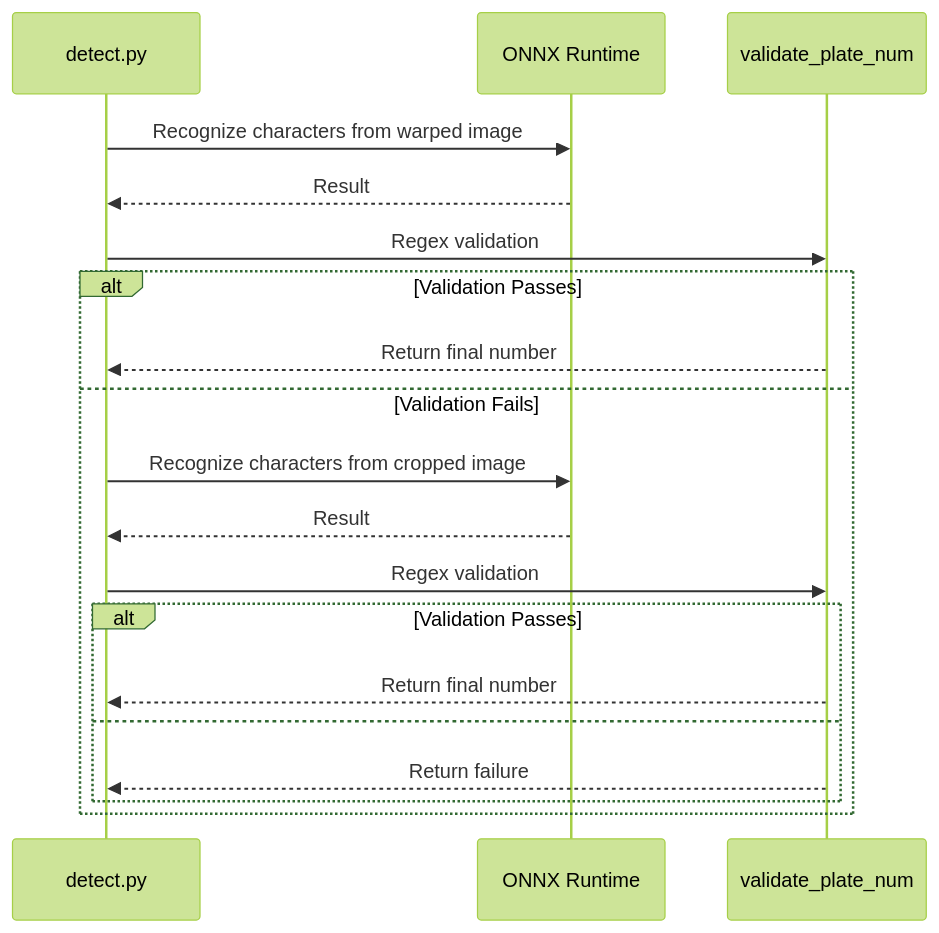
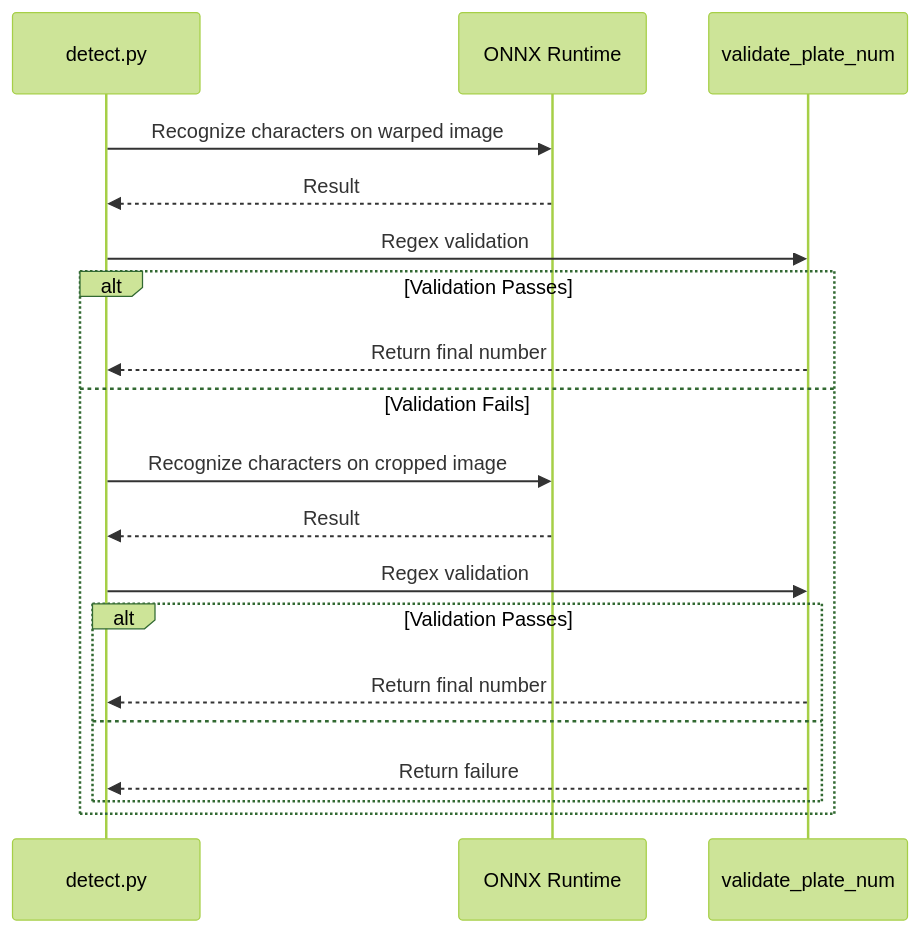
One commit to mandacode-labs/mandacode-devs changed the second of 2 diagrams in src/content/blog/en/korean-license-plate-deep-dive.md. Above: the diagram before and after it, drawn with Mermaid (forest theme). The commit also changed other lines of this file and 30 other files, not shown here.

````diff
--- a/src/content/blog/en/korean-license-plate-deep-dive.md
+++ b/src/content/blog/en/korean-license-plate-deep-dive.md
@@ -98,23 +98,23 @@
 ```mermaid
 sequenceDiagram
     participant Detect as detect.py
     participant ONNX as ONNX Runtime
     participant Validate as validate_plate_num
 
-    Detect->>ONNX: Recognize characters from warped image
+    Detect->>ONNX: Recognize characters on warped image
     ONNX-->>Detect: Result
     Detect->>Validate: Regex validation
 
     alt Validation Passes
         Validate-->>Detect: Return final number
     else Validation Fails
-        Detect->>ONNX: Recognize characters from cropped image
+        Detect->>ONNX: Recognize characters on cropped image
         ONNX-->>Detect: Result
         Detect->>Validate: Regex validation
         alt Validation Passes
             Validate-->>Detect: Return final number
         else
             Validate-->>Detect: Return failure
         end
     end
 ```
````
